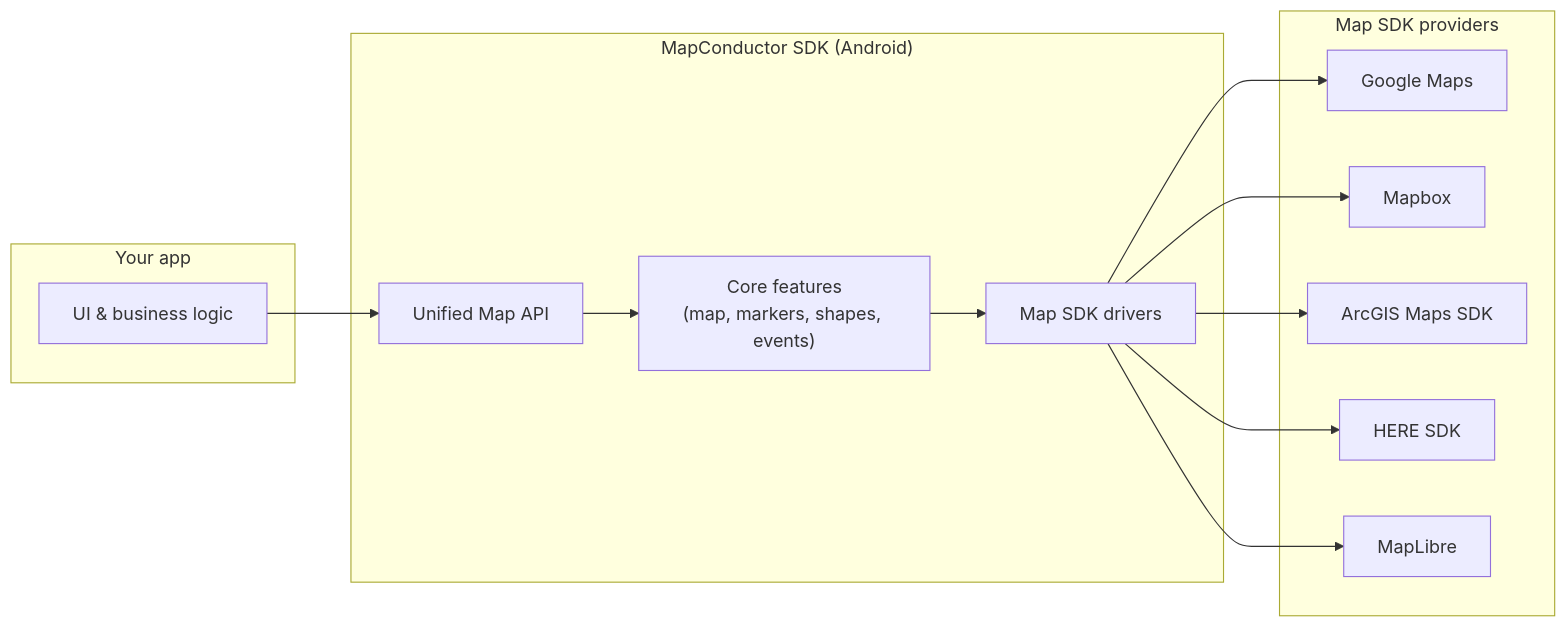
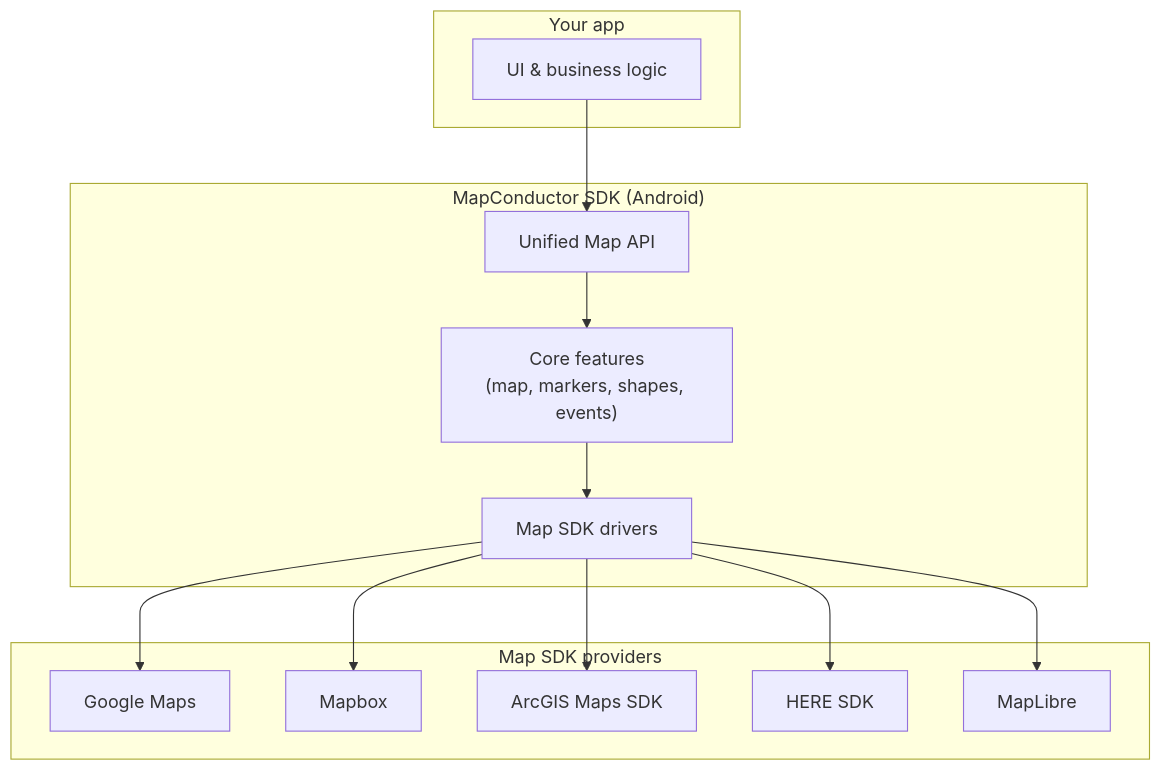
One commit to MapConductor/website changed the first of 2 diagrams in docs/architecture.md. Above: the diagram before and after it, drawn with Mermaid. The commit also changed 4 other files, not shown here.

````diff
--- a/docs/architecture.md
+++ b/docs/architecture.md
@@ -13,29 +13,29 @@
 ```mermaid
-flowchart LR
+flowchart TB
   subgraph App["Your app"]
     UI["UI & business logic"]
   end
 
   subgraph MC["MapConductor SDK (Android)"]
     API["Unified Map API"]
     Core["Core features<br/>(map, markers, shapes, events)"]
     Drivers["Map SDK drivers"]
   end
 
   subgraph Providers["Map SDK providers"]
     GMaps["Google Maps"]
     Mapbox["Mapbox"]
     ArcGIS["ArcGIS Maps SDK"]
     HERE["HERE SDK"]
     MapLibre["MapLibre"]
   end
 
   UI --> API
   API --> Core
   Core --> Drivers
   Drivers --> GMaps
   Drivers --> Mapbox
   Drivers --> ArcGIS
   Drivers --> HERE
   Drivers --> MapLibre
 ```
````
